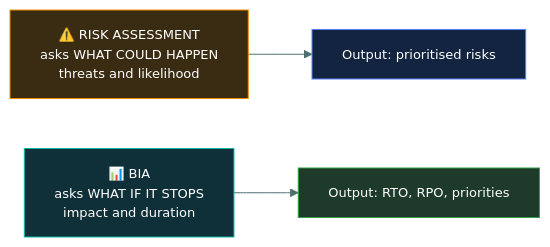
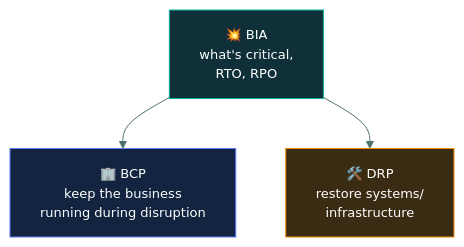
Before and after one commit to tarunTejaDesireddy/cc-exam-prep: the fourth of 4 diagrams in 02-security-governance/business-impact-analysis/README.md, drawn with Mermaid. The commit also changed other lines of this file and 1 other file, not shown here.

First line of the commit message:
Rewrite Business Impact Analysis with the tribe caveman walkthrough

````diff
--- a/02-security-governance/business-impact-analysis/README.md
+++ b/02-security-governance/business-impact-analysis/README.md
@@ -192,11 +262,11 @@
 ```mermaid
-%%{init: {'theme':'base','themeVariables':{'fontSize':'13px','lineColor':'#4d6f6e','textColor':'#dbe7e6'}}}%%
-flowchart LR
-    R["⚠️ RISK ASSESSMENT<br/>asks WHAT COULD HAPPEN<br/>threats and likelihood"] --> O1["Output: prioritised risks"]
-    B["📊 BIA<br/>asks WHAT IF IT STOPS<br/>impact and duration"] --> O2["Output: RTO, RPO, priorities"]
+%%{init: {'theme':'base','themeVariables':{'fontFamily':'Segoe UI, Helvetica Neue, Arial, sans-serif','fontSize':'13px','lineColor':'#4d6f6e','textColor':'#dbe7e6'}}}%%
+flowchart TD
+    BIA["💥 BIA<br/>what's critical,<br/>RTO, RPO"]
+    BIA --> BCP["🏢 BCP<br/>keep the business<br/>running during disruption"]
+    BIA --> DRP["🛠️ DRP<br/>restore systems/<br/>infrastructure"]
 
-    style R fill:#3a2c12,stroke:#F08C00,color:#fff
-    style B fill:#0f3038,stroke:#12B5A5,color:#fff
-    style O1 fill:#12243f,stroke:#5C7CFA,color:#fff
-    style O2 fill:#1d3a2a,stroke:#2F9E44,color:#fff
+    style BIA fill:#0f3038,stroke:#12B5A5,color:#fff
+    style BCP fill:#12243f,stroke:#5C7CFA,color:#fff
+    style DRP fill:#3a2c12,stroke:#F08C00,color:#fff
 ```
````
